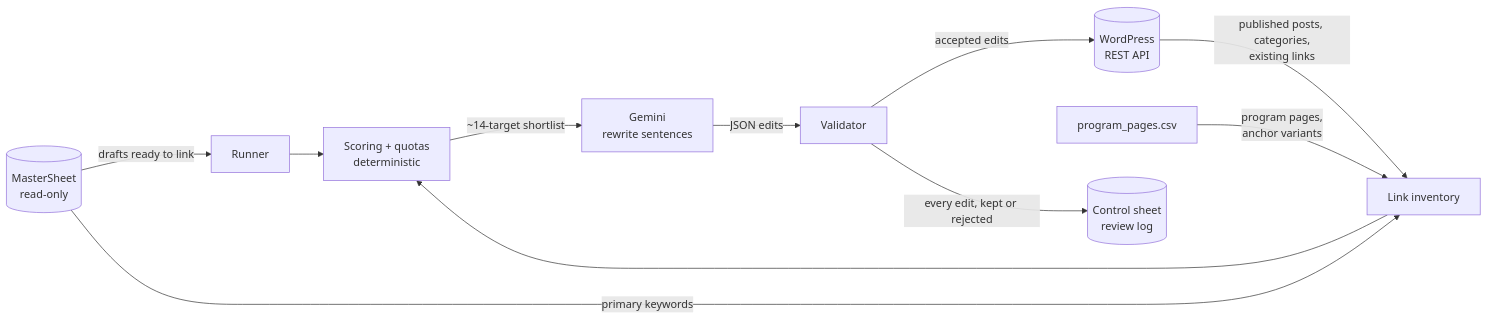
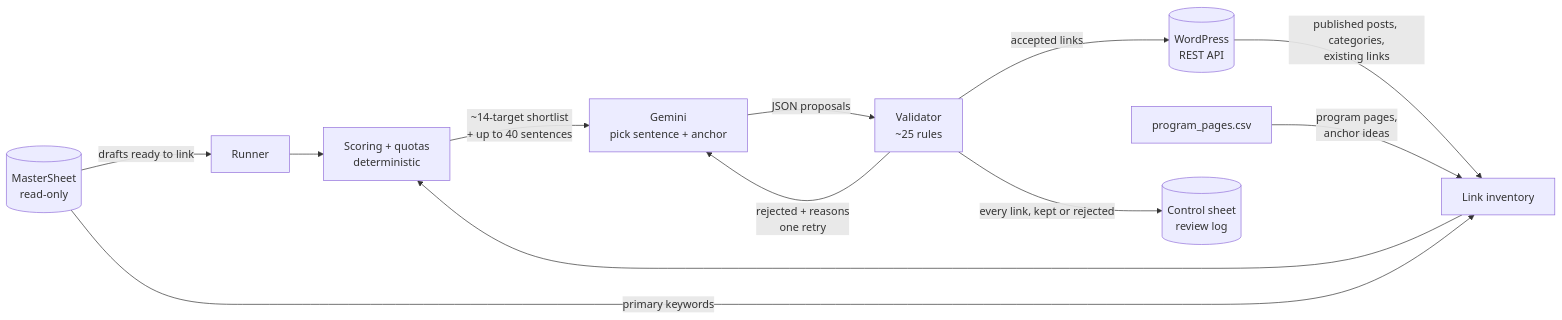
One commit to Prakhar-998/Scaler_Varsity_Internal_Linking changed the diagram in README.md. Above: the diagram before and after it, drawn with Mermaid. The commit also changed other lines of this file and 1 other file, not shown here.

Commit message:
Bring README and SETUP up to date: wording rules, quotas as a ceiling, workflows, going live

````diff
--- a/README.md
+++ b/README.md
@@ -13,13 +18,14 @@
 ```mermaid
 flowchart LR
     MS[(MasterSheet<br/>read-only)] -->|drafts ready to link| R[Runner]
     WP[(WordPress<br/>REST API)] -->|published posts, categories,<br/>existing links| INV[Link inventory]
     MS -->|primary keywords| INV
-    CFG[program_pages.csv] -->|program pages,<br/>anchor variants| INV
+    CFG[program_pages.csv] -->|program pages,<br/>anchor ideas| INV
     INV --> SC[Scoring + quotas<br/>deterministic]
     R --> SC
-    SC -->|~14-target shortlist| LLM[Gemini<br/>rewrite sentences]
-    LLM -->|JSON edits| V[Validator]
-    V -->|accepted edits| WP
-    V -->|every edit, kept or rejected| CS[(Control sheet<br/>review log)]
+    SC -->|~14-target shortlist<br/>+ up to 40 sentences| LLM[Gemini<br/>pick sentence + anchor]
+    LLM -->|JSON proposals| V[Validator<br/>~25 rules]
+    V -->|rejected + reasons<br/>one retry| LLM
+    V -->|accepted links| WP
+    V -->|every link, kept or rejected| CS[(Control sheet<br/>review log)]
 ```
````
